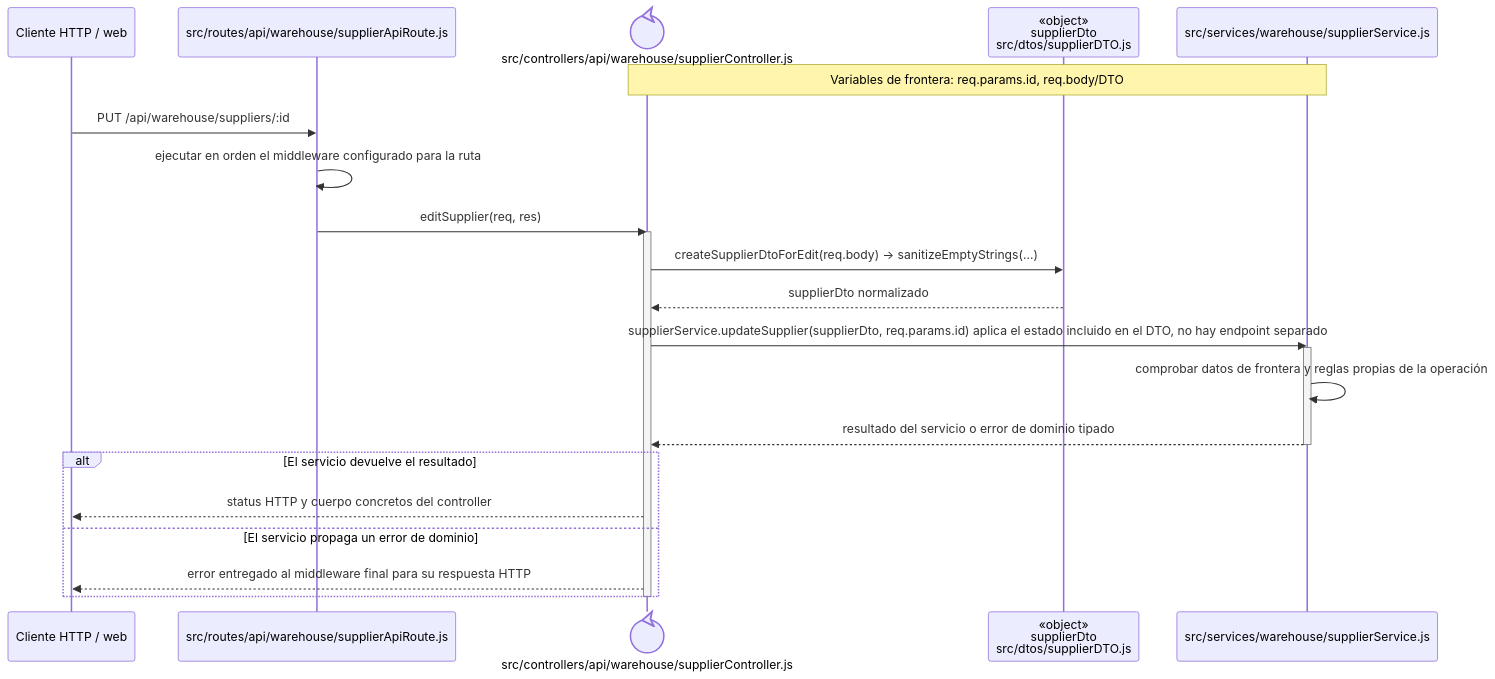
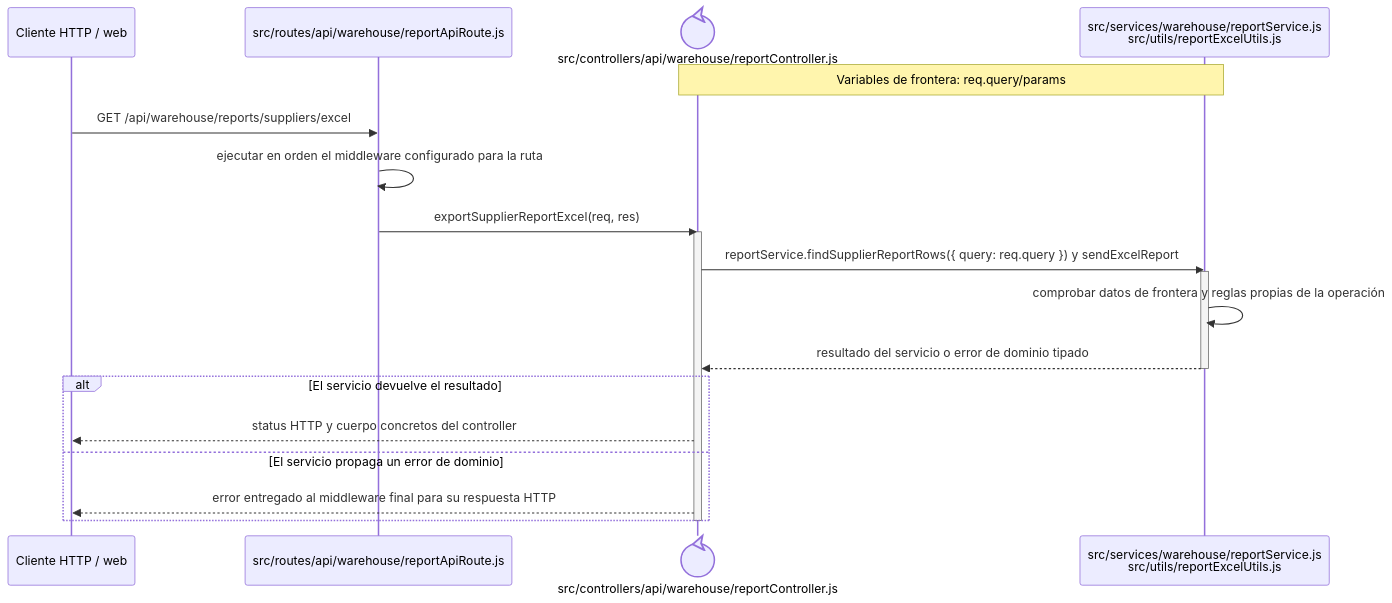
The diagram in docs/architecture/backend-code-sequences/catalogs/cu-cat-13.md (gpgsistemas01/nexus), drawn with Mermaid before and after one commit. The commit also changed other lines of this file and 207 other files, not shown here.

````diff
--- a/docs/architecture/backend-code-sequences/catalogs/cu-cat-13.md
+++ b/docs/architecture/backend-code-sequences/catalogs/cu-cat-13.md
@@ -6,27 +6,24 @@
 ```mermaid
 sequenceDiagram
     participant Client as Cliente HTTP / web
-    participant Route as src/routes/api/warehouse/supplierApiRoute.js
-    participant Controller@{ "type": "control" } as src/controllers/api/warehouse/supplierController.js
-    participant SupplierDto as «object»<br/>supplierDto<br/>src/dtos/supplierDTO.js
-    participant Domain as src/services/warehouse/supplierService.js
-    Note over Controller,Domain: Variables de frontera: req.params.id, req.body/DTO
+    participant Route as src/routes/api/warehouse/reportApiRoute.js
+    participant Controller@{ "type": "control" } as src/controllers/api/warehouse/reportController.js
+    participant Domain as src/services/warehouse/reportService.js<br/>src/utils/reportExcelUtils.js
+    Note over Controller,Domain: Variables de frontera: req.query/params
 
-    Client->>Route: PUT /api/warehouse/suppliers/:id
+    Client->>Route: GET /api/warehouse/reports/suppliers/excel
     Route->>Route: ejecutar en orden el middleware configurado para la ruta
-    Route->>Controller: editSupplier(req, res)
+    Route->>Controller: exportSupplierReportExcel(req, res)
     activate Controller
-    Controller->>SupplierDto: createSupplierDtoForEdit(req.body) → sanitizeEmptyStrings(...)
-    SupplierDto-->>Controller: supplierDto normalizado
-    Controller->>Domain: supplierService.updateSupplier(supplierDto, req.params.id) aplica el estado incluido en el DTO, no hay endpoint separado
+    Controller->>Domain: reportService.findSupplierReportRows({ query: req.query }) y sendExcelReport
     activate Domain
     Domain->>Domain: comprobar datos de frontera y reglas propias de la operación
     Domain-->>Controller: resultado del servicio o error de dominio tipado
     deactivate Domain
     alt El servicio devuelve el resultado
         Controller-->>Client: status HTTP y cuerpo concretos del controller
     else El servicio propaga un error de dominio
         Controller-->>Client: error entregado al middleware final para su respuesta HTTP
     end
     deactivate Controller
 ```
````
